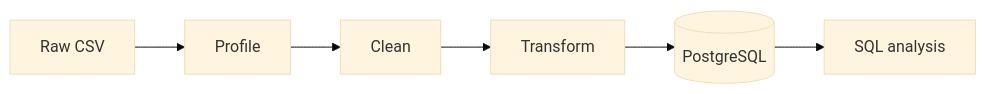
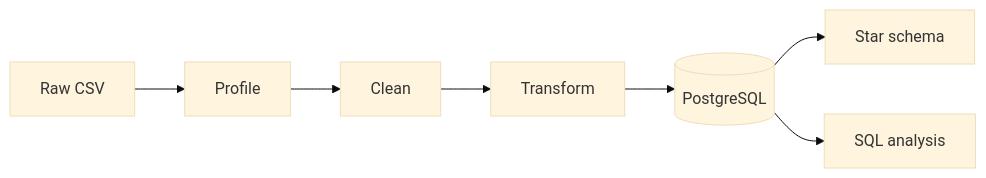
The first of 2 diagrams in README.md (GLICON/urbannest-retail-pipeline), drawn with Mermaid (base theme) before and after one commit. The commit also changed other lines of this file, not shown here.

````diff
--- a/README.md
+++ b/README.md
@@ -9,8 +9,9 @@
 ```mermaid
 flowchart LR
   A[Raw CSV] --> B[Profile]
   B --> C[Clean]
   C --> D[Transform]
   D --> E[(PostgreSQL)]
-  E --> F[SQL analysis]
+  E --> F[Star schema]
+  E --> G[SQL analysis]
 ```
````
